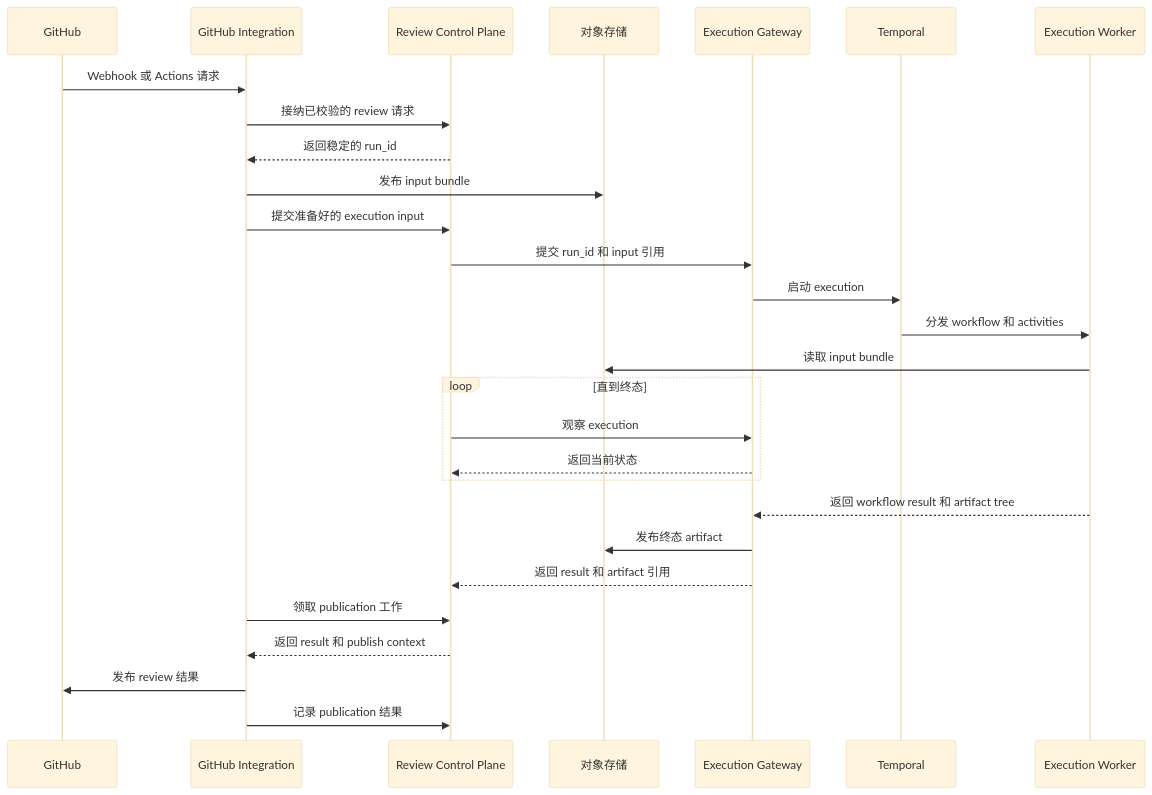
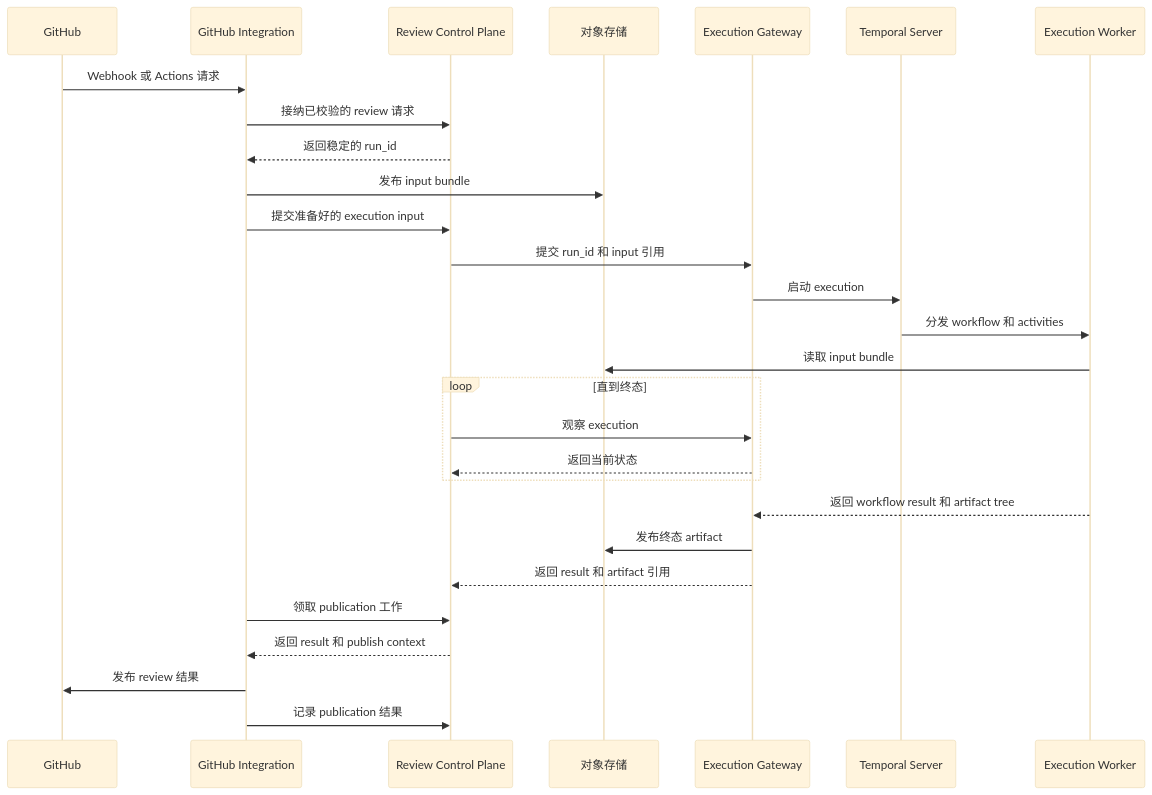
One commit to Agent-AI-Chalmers/sec-review-bot changed the first of 2 diagrams in docs/architecture/SYSTEM_ARCHITECTURE.zh.md. Above: the diagram before and after it, drawn with Mermaid (base theme). The commit also changed other lines of this file and 6 other files, not shown here.

Commit message:
Add SVG diagrams for local integrated deployment and update documentation

````diff
--- a/docs/architecture/SYSTEM_ARCHITECTURE.zh.md
+++ b/docs/architecture/SYSTEM_ARCHITECTURE.zh.md
@@ -17,31 +17,31 @@
 ```mermaid
 sequenceDiagram
   participant GitHub
   participant Integration as GitHub Integration
   participant Control as Review Control Plane
   participant Storage as 对象存储
   participant Gateway as Execution Gateway
-  participant Temporal
+  participant Temporal as Temporal Server
   participant Worker as Execution Worker
 
   GitHub->>Integration: Webhook 或 Actions 请求
   Integration->>Control: 接纳已校验的 review 请求
   Control-->>Integration: 返回稳定的 run_id
   Integration->>Storage: 发布 input bundle
   Integration->>Control: 提交准备好的 execution input
   Control->>Gateway: 提交 run_id 和 input 引用
   Gateway->>Temporal: 启动 execution
   Temporal->>Worker: 分发 workflow 和 activities
   Worker->>Storage: 读取 input bundle
   loop 直到终态
     Control->>Gateway: 观察 execution
     Gateway-->>Control: 返回当前状态
   end
   Worker-->>Gateway: 返回 workflow result 和 artifact tree
   Gateway->>Storage: 发布终态 artifact
   Gateway-->>Control: 返回 result 和 artifact 引用
   Integration->>Control: 领取 publication 工作
   Control-->>Integration: 返回 result 和 publish context
   Integration->>GitHub: 发布 review 结果
   Integration->>Control: 记录 publication 结果
 ```
````
